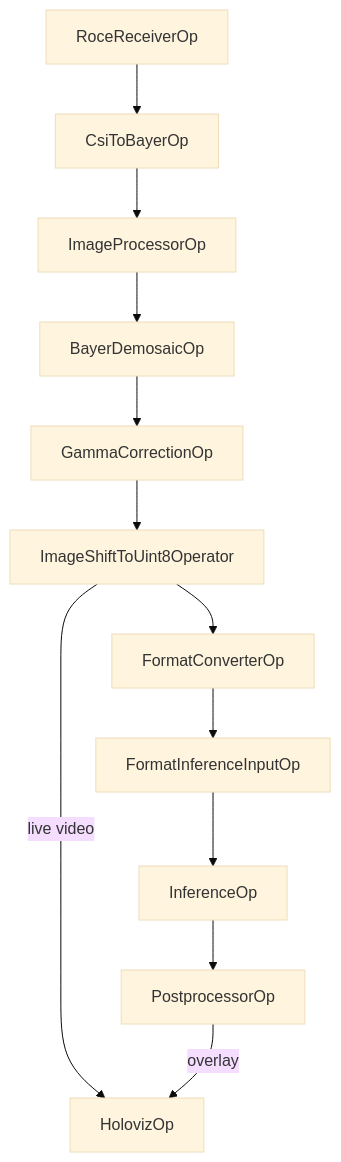
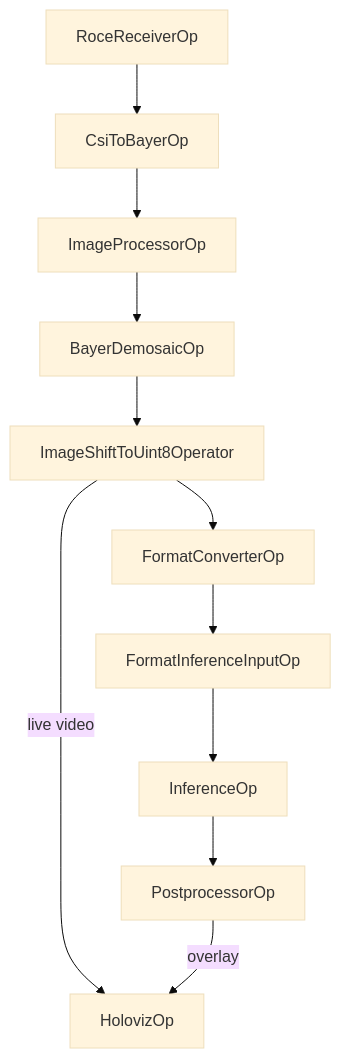
Before and after one commit to nvidia-holoscan/holoscan-sensor-bridge: the third of 5 diagrams in docs/user_guide/applications.md, drawn with Mermaid. The commit also changed other lines of this file and 123 other files, not shown here.

````diff
--- a/docs/user_guide/applications.md
+++ b/docs/user_guide/applications.md
@@ -368,20 +358,19 @@
 ```{mermaid}
 :align: center
 :caption: Body Pose Estimation
 
 %%{init: {"theme": "base", "themeVariables": { }} }%%
 
 graph
     r[RoceReceiverOp] --> c[CsiToBayerOp]
     c --> i[ImageProcessorOp]
     i --> d[BayerDemosaicOp]
-    d --> g[GammaCorrectionOp]
-    g --> s[ImageShiftToUint8Operator]
+    d --> s[ImageShiftToUint8Operator]
     s --> p[FormatConverterOp]
     p --> fi[FormatInferenceInputOp]
     fi --> in[InferenceOp]
     in --> pf[PostprocessorOp]
     s -- live video --> v[HolovizOp]
     pf -- overlay --> v
 
 ```
````
